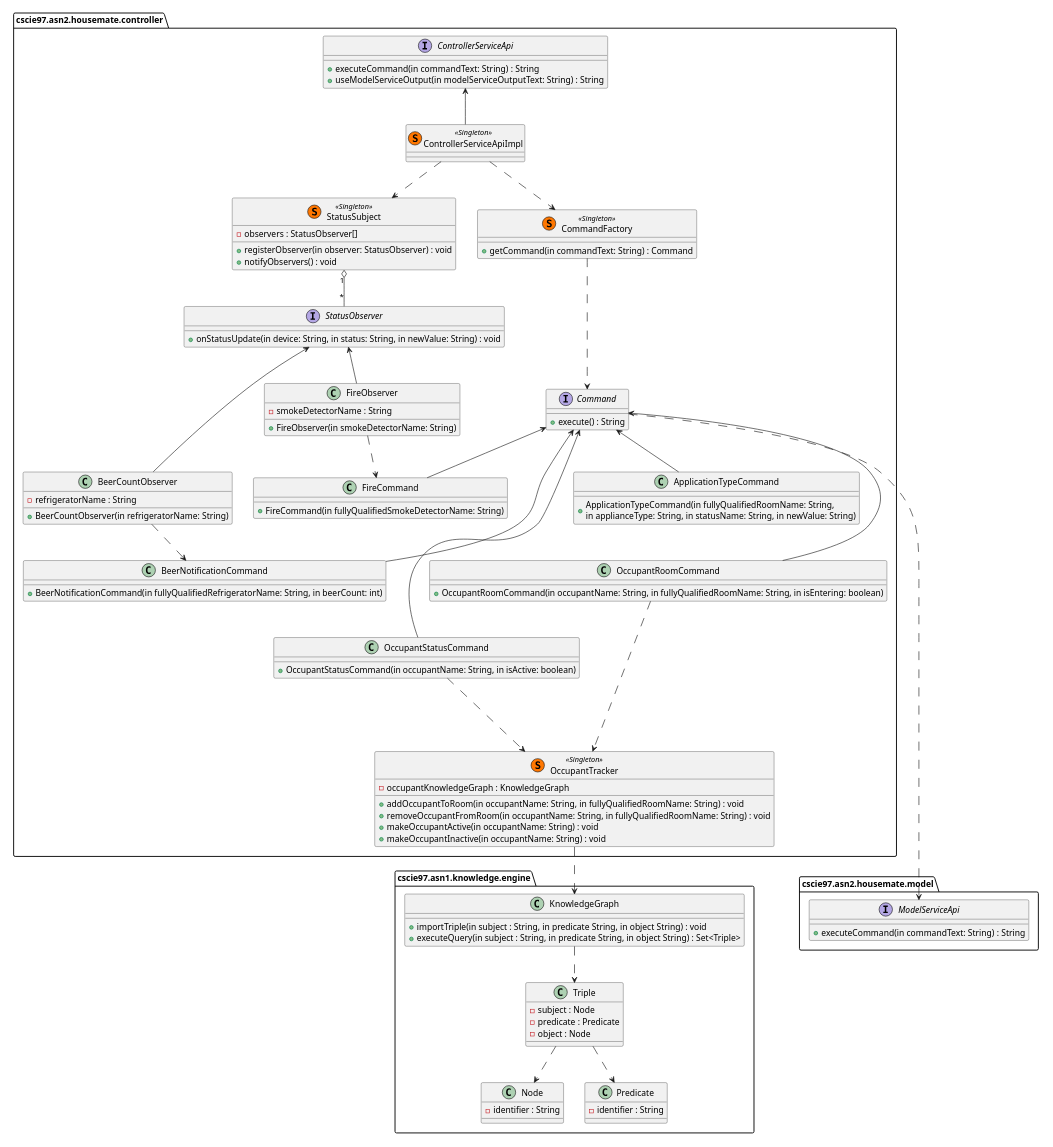
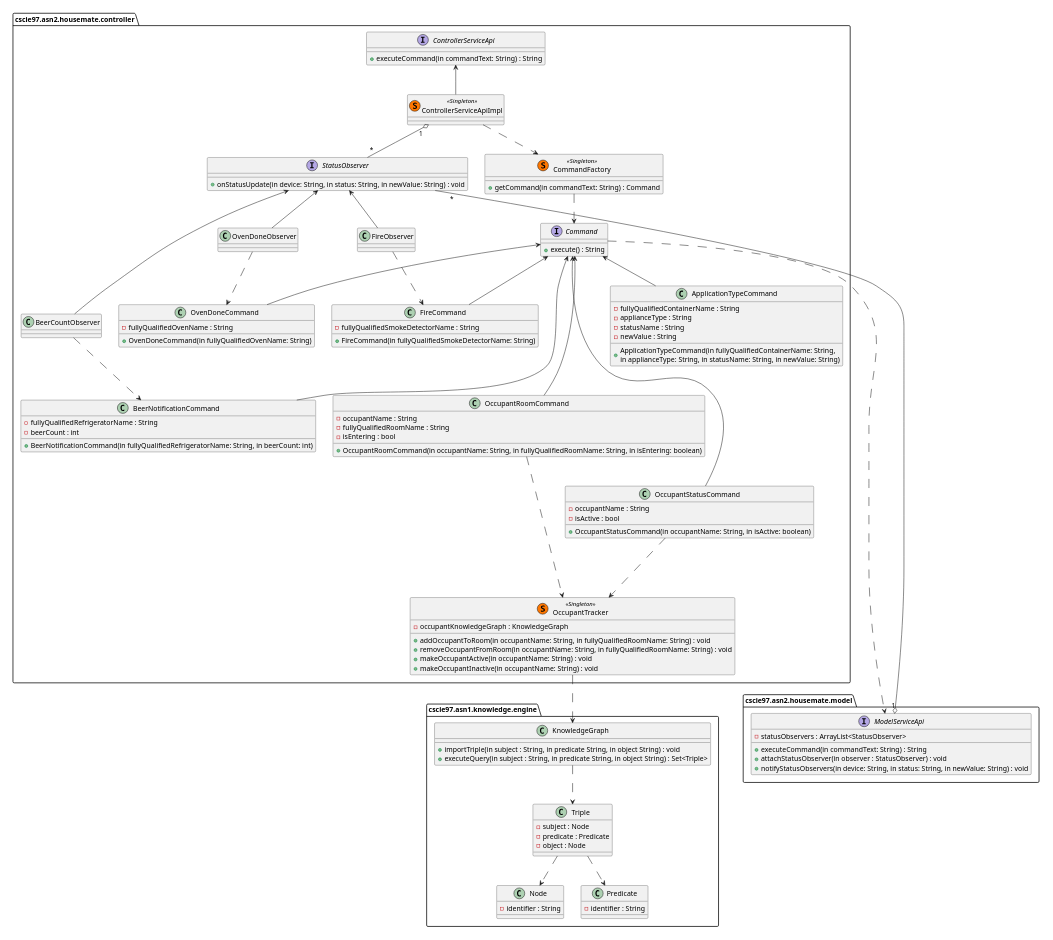
One commit to erikorlowski/cscie97 changed the third of 5 diagrams in cscie97/asn3/design.md. Above: the diagram before and after it, drawn with PlantUML. The commit also changed other lines of this file, not shown here.

```diff
--- a/cscie97/asn3/design.md
+++ b/cscie97/asn3/design.md
@@ -162,7 +162,6 @@
 package cscie97.asn2.housemate.controller {
     interface ControllerServiceApi {
         + executeCommand(in commandText: String) : String
-        + useModelServiceOutput(in modelServiceOutputText: String) : String
     }
 
     class ControllerServiceApiImpl << (S,#FF7700) Singleton >> {
@@ -177,24 +176,18 @@
         + makeOccupantInactive(in occupantName: String) : void
     }
 
-    class StatusSubject << (S,#FF7700) Singleton >> {
-        - observers : StatusObserver[]
-        + registerObserver(in observer: StatusObserver) : void
-        + notifyObservers() : void
-    }
-
     interface StatusObserver {
         + onStatusUpdate(in device: String, in status: String, in newValue: String) : void
     }
 
     class FireObserver {
-        - smokeDetectorName : String
-        + FireObserver(in smokeDetectorName: String)
     }
 
     class BeerCountObserver {
-        - refrigeratorName : String
-        + BeerCountObserver(in refrigeratorName: String)
+    }
+
+    class OvenDoneObserver {
+
     }
 
     class CommandFactory << (S,#FF7700) Singleton >> {
@@ -206,46 +199,68 @@
     }
 
     class ApplicationTypeCommand {
-        + ApplicationTypeCommand(in fullyQualifiedRoomName: String,\nin applianceType: String, in statusName: String, in newValue: String)
+        - fullyQualifiedContainerName : String
+        - applianceType : String
+        - statusName : String
+        - newValue : String
+        + ApplicationTypeCommand(in fullyQualifiedContainerName: String,\nin applianceType: String, in statusName: String, in newValue: String)
     }
 
     class OccupantRoomCommand {
+        - occupantName : String
+        - fullyQualifiedRoomName : String
+        - isEntering : bool
         + OccupantRoomCommand(in occupantName: String, in fullyQualifiedRoomName: String, in isEntering: boolean)
     }
 
     class OccupantStatusCommand {
+        - occupantName : String
+        - isActive : bool
         + OccupantStatusCommand(in occupantName: String, in isActive: boolean)
     }
 
     class BeerNotificationCommand {
+        - fullyQualifiedRefrigeratorName : String
+        - beerCount : int
         + BeerNotificationCommand(in fullyQualifiedRefrigeratorName: String, in beerCount: int)
     }
 
     class FireCommand {
+        - fullyQualifiedSmokeDetectorName : String
         + FireCommand(in fullyQualifiedSmokeDetectorName: String)
     }
 
+    class OvenDoneCommand {
+        - fullyQualifiedOvenName : String
+        + OvenDoneCommand(in fullyQualifiedOvenName: String)
+    }
+
     ControllerServiceApi <-- ControllerServiceApiImpl
-    ControllerServiceApiImpl ..> StatusSubject
-    StatusSubject "1" o-- "*" StatusObserver
+    ControllerServiceApiImpl "1" o-- "*" StatusObserver
     StatusObserver <-- FireObserver
     StatusObserver <--- BeerCountObserver
+    StatusObserver <-- OvenDoneObserver
     Command <-- ApplicationTypeCommand
     Command <--- OccupantRoomCommand
     Command <--- OccupantStatusCommand
     Command <--- BeerNotificationCommand
     Command <-- FireCommand
+    Command <- OvenDoneCommand
     CommandFactory ..> Command
     ControllerServiceApiImpl ..> CommandFactory
     OccupantRoomCommand ....> OccupantTracker
     OccupantStatusCommand ..> OccupantTracker
     FireObserver ..> FireCommand
     BeerCountObserver ..> BeerNotificationCommand
+    OvenDoneObserver ..> OvenDoneCommand
 }
 
 package cscie97.asn2.housemate.model {
     interface ModelServiceApi {
+        - statusObservers : ArrayList<StatusObserver>
         + executeCommand(in commandText: String) : String
+        + attachStatusObserver(in observer : StatusObserver) : void
+        + notifyStatusObservers(in device: String, in status: String, in newValue: String) : void
     }
 }
 
@@ -276,6 +291,8 @@
 
 Command ..down.....> ModelServiceApi
 OccupantTracker ..> KnowledgeGraph
+ModelServiceApi "1" o-- "*" StatusObserver
+
 
 
 @enduml
```
